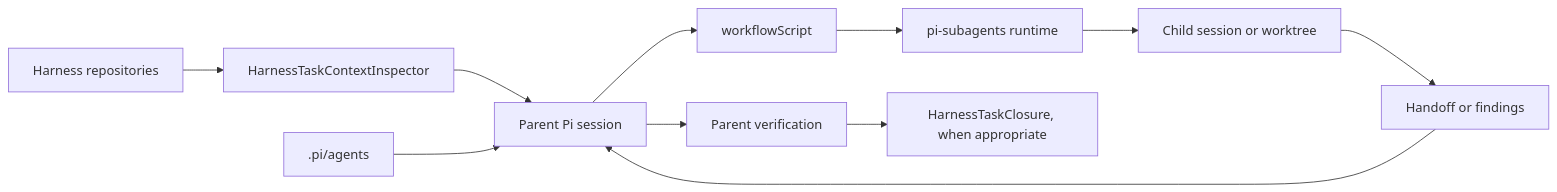
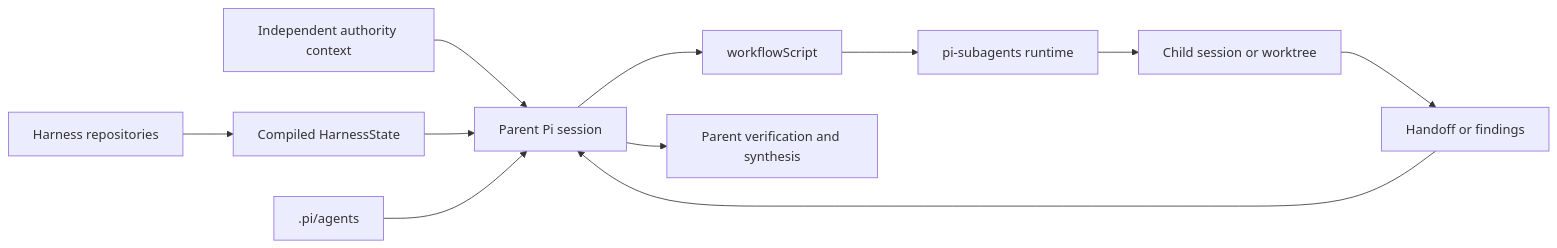
One commit to eragasa/ksdft2effmass changed the diagram in docs/architecture/migration/v1-to-v2/pi-harness-subagents.md. Above: the diagram before and after it, drawn with Mermaid. The commit also changed other lines of this file and 80 other files, not shown here.

Commit message:
docs: reconcile architecture v2

````diff
--- a/docs/architecture/migration/v1-to-v2/pi-harness-subagents.md
+++ b/docs/architecture/migration/v1-to-v2/pi-harness-subagents.md
@@ -39,13 +38,13 @@
 ```mermaid
 flowchart LR
-    repositories["Harness repositories"] --> inspector["HarnessTaskContextInspector"]
-    inspector --> parent["Parent Pi session"]
+    repositories["Harness repositories"] --> state["Compiled HarnessState"]
+    authority["Independent authority context"] --> parent["Parent Pi session"]
+    state --> parent
     descriptors[".pi/agents"] --> parent
     parent --> workflow["workflowScript"]
     workflow --> runtime["pi-subagents runtime"]
     runtime --> child["Child session or worktree"]
     child --> handoff["Handoff or findings"]
     handoff --> parent
-    parent --> verification["Parent verification"]
-    verification --> closure["HarnessTaskClosure, when appropriate"]
+    parent --> verification["Parent verification and synthesis"]
 ```
````
